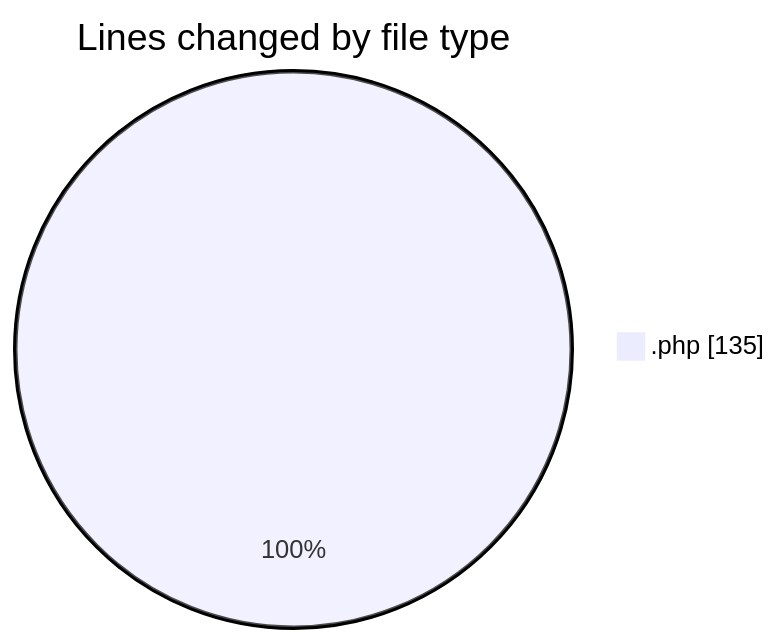
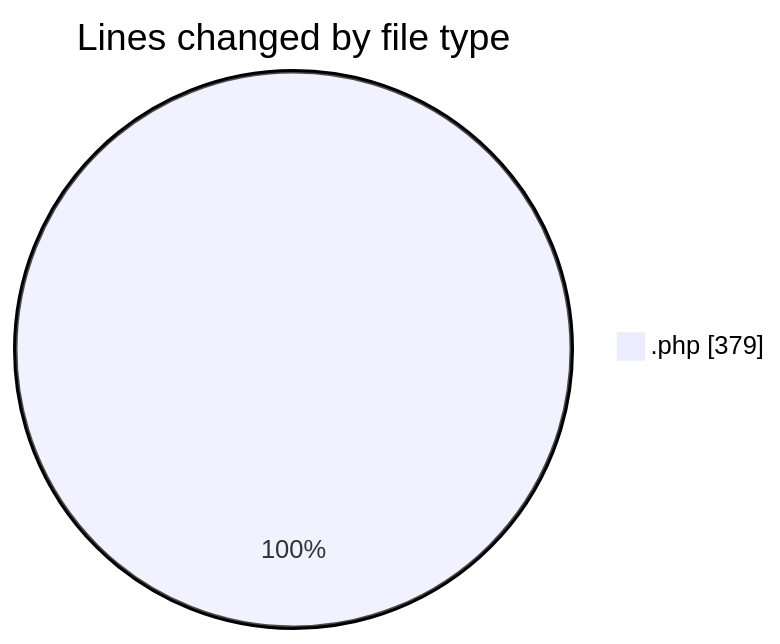
One commit to LanceThiago/code-tracking changed the first of 2 diagrams in 2025-06-05/web/README.md. Above: the diagram before and after it, drawn with Mermaid. The commit also changed other lines of this file and 1 other file, not shown here.

````diff
--- a/2025-06-05/web/README.md
+++ b/2025-06-05/web/README.md
@@ -20,5 +21,5 @@
 ```mermaid
 pie showData
 title Lines changed by file type
-".php" : 135
+".php" : 379
 ```
````
